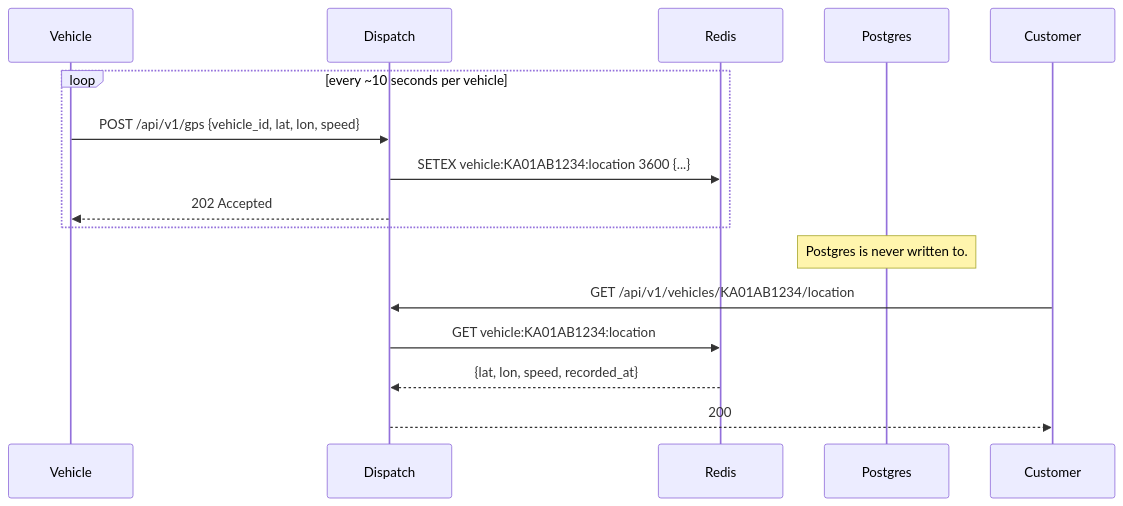
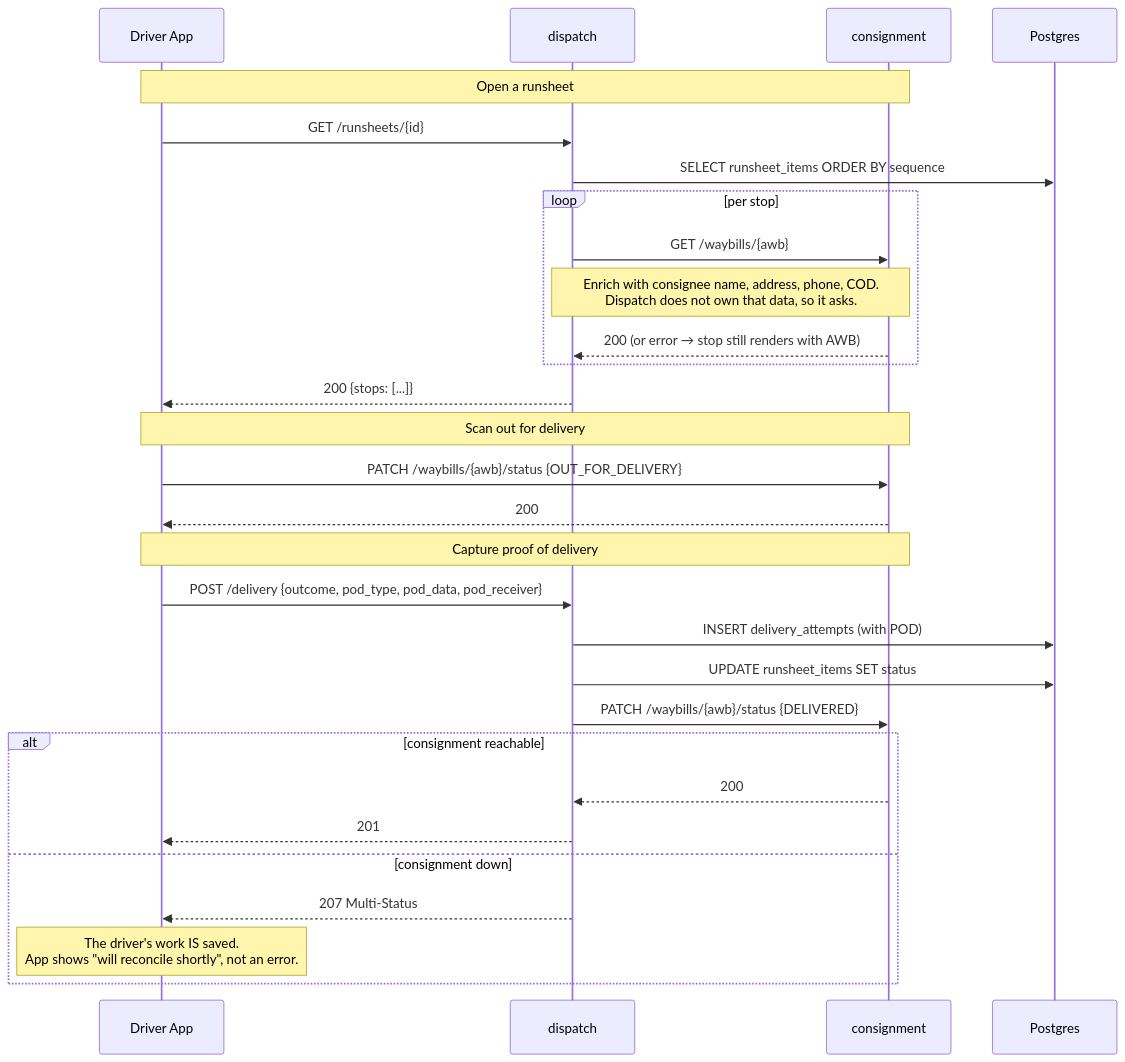
Before and after one commit to shashu775/fleetpulse: the eighth of 10 diagrams in docs/FleetPulse-Architecture.md, drawn with Mermaid. The commit also changed other lines of this file and 40 other files, not shown here.

````diff
--- a/docs/FleetPulse-Architecture.md
+++ b/docs/FleetPulse-Architecture.md
@@ -318,21 +337,34 @@
 ```mermaid
 sequenceDiagram
-    participant V as Vehicle
-    participant D as Dispatch
-    participant R as Redis
-    participant P as Postgres
+    participant D as Driver App
+    participant DS as dispatch
+    participant CS as consignment
+    participant PD as Postgres
 
-    loop every ~10 seconds per vehicle
-        V->>D: POST /api/v1/gps {vehicle_id, lat, lon, speed}
-        D->>R: SETEX vehicle:KA01AB1234:location 3600 {...}
-        D-->>V: 202 Accepted
+    Note over D,CS: Open a runsheet
+    D->>DS: GET /runsheets/{id}
+    DS->>PD: SELECT runsheet_items ORDER BY sequence
+    loop per stop
+        DS->>CS: GET /waybills/{awb}
+        Note over DS,CS: Enrich with consignee name, address, phone, COD.<br/>Dispatch does not own that data, so it asks.
+        CS-->>DS: 200 (or error → stop still renders with AWB)
     end
+    DS-->>D: 200 {stops: [...]}
 
-    Note over P: Postgres is never written to.
+    Note over D,CS: Scan out for delivery
+    D->>CS: PATCH /waybills/{awb}/status {OUT_FOR_DELIVERY}
+    CS-->>D: 200
 
-    participant U as Customer
-    U->>D: GET /api/v1/vehicles/KA01AB1234/location
-    D->>R: GET vehicle:KA01AB1234:location
-    R-->>D: {lat, lon, speed, recorded_at}
-    D-->>U: 200
+    Note over D,CS: Capture proof of delivery
+    D->>DS: POST /delivery {outcome, pod_type, pod_data, pod_receiver}
+    DS->>PD: INSERT delivery_attempts (with POD)
+    DS->>PD: UPDATE runsheet_items SET status
+    DS->>CS: PATCH /waybills/{awb}/status {DELIVERED}
+    alt consignment reachable
+        CS-->>DS: 200
+        DS-->>D: 201
+    else consignment down
+        DS-->>D: 207 Multi-Status
+        Note over D: The driver's work IS saved.<br/>App shows "will reconcile shortly", not an error.
+    end
 ```
````
